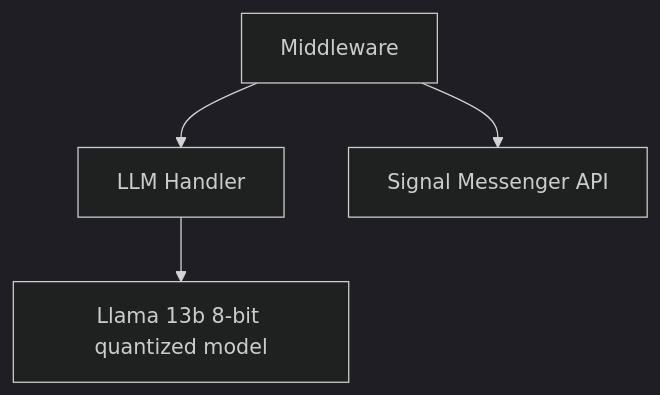
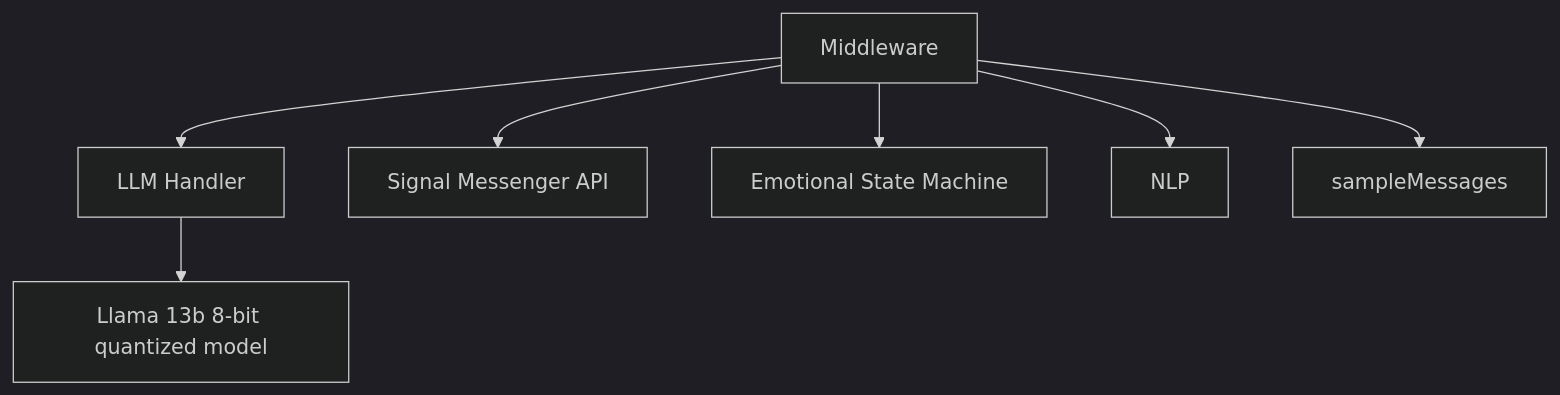
The diagram in README.md (DecafSunrise/Vulcan), drawn with Mermaid (dark theme) before and after one commit.

````diff
--- a/README.md
+++ b/README.md
@@ -5,6 +5,9 @@
 ```mermaid
 flowchart TD
     Middleware --> C[LLM Handler]
     Middleware --> D[Signal Messenger API]
+    Middleware --> E[Emotional State Machine]
+    Middleware --> F[NLP]
+    Middleware --> G[sampleMessages]
     C --> J[Llama 13b 8-bit quantized model]
 ```
````
